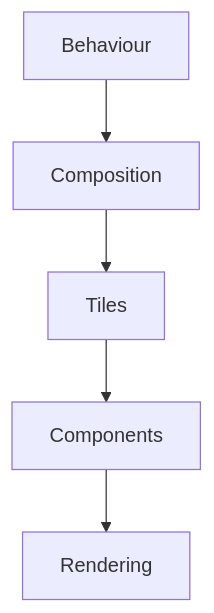
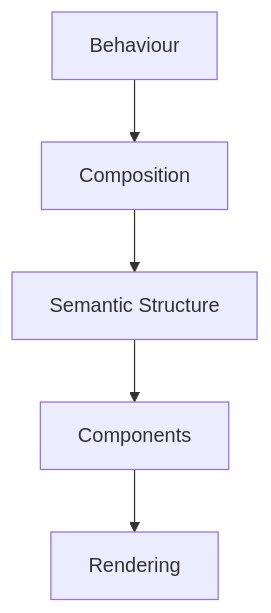
One commit to mosaic-media/mosaic-architecture changed the third of 3 diagrams in docs/design/system/mds-008-component-library/00-document-control.md. Above: the diagram before and after it, drawn with Mermaid. The commit also changed other lines of this file and 168 other files, not shown here.

Commit message:
docs: introduce roadmap and deferred proposal structure

````diff
--- a/docs/design/system/mds-008-component-library/00-document-control.md
+++ b/docs/design/system/mds-008-component-library/00-document-control.md
@@ -141,14 +146,14 @@
 ```mermaid
 flowchart TD
 
 N1["Behaviour"]
 N2["Composition"]
-N3["Tiles"]
+N3["Semantic Structure"]
 N4["Components"]
 N5["Rendering"]
 
 N1 --> N2
 N2 --> N3
 N3 --> N4
 N4 --> N5
 ```
````
